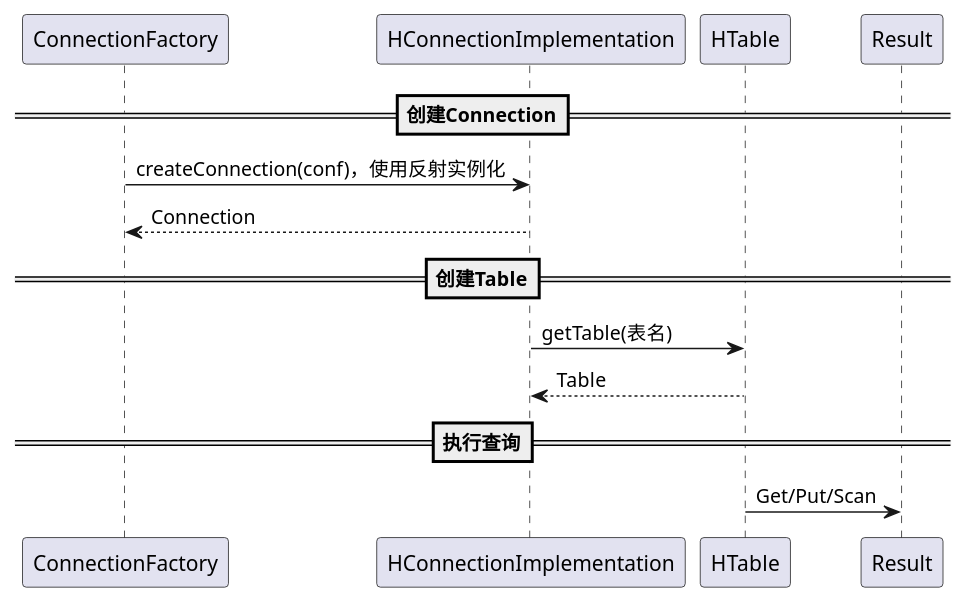
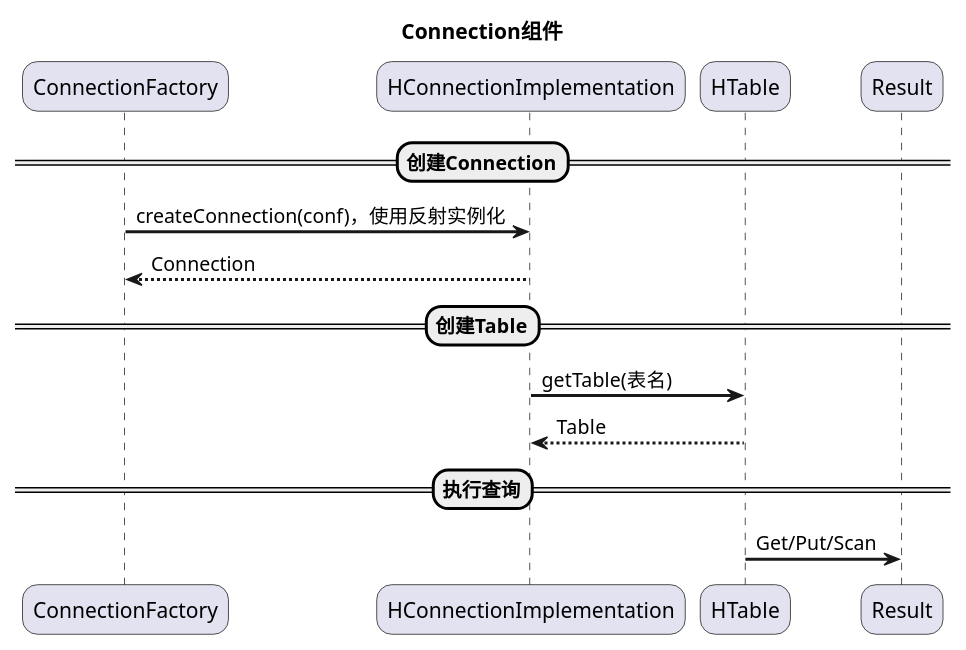
The diagram in puml/HBaseConnection.puml (xinghalo/hbase), drawn with PlantUML before and after one commit. The commit also changed 27 other files, not shown here.

```diff
--- a/puml/HBaseConnection.puml
+++ b/puml/HBaseConnection.puml
@@ -1,10 +1,14 @@
 @startuml
+title Connection组件
+skinparam roundcorner 20
+skinparam sequenceArrowThickness 2
+
 ==创建Connection==
 ConnectionFactory -> HConnectionImplementation : createConnection(conf)，使用反射实例化
 HConnectionImplementation --> ConnectionFactory: Connection
 ==创建Table==
 HConnectionImplementation -> HTable :getTable(表名)
 HTable --> HConnectionImplementation: Table
 ==执行查询==
 HTable -> Result : Get/Put/Scan
 @enduml
```
